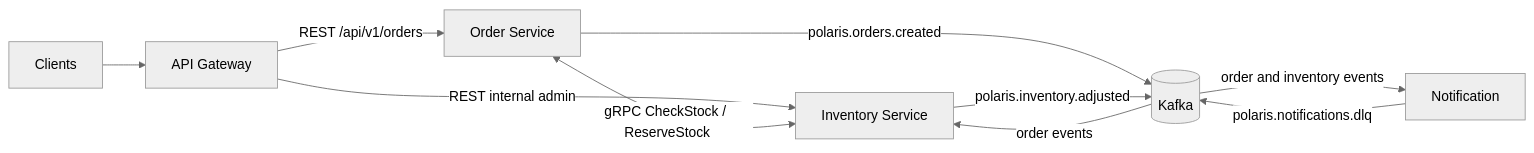
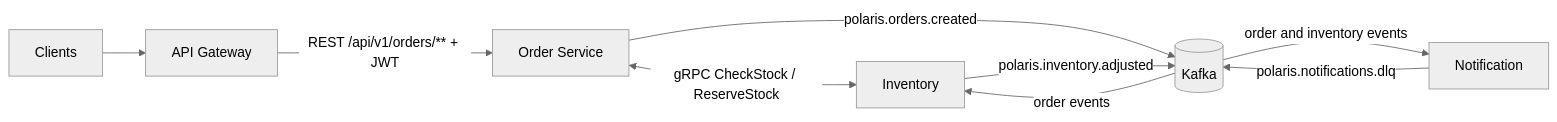
One commit to abdullahsayed30/Polaris changed the diagram in README.md. Above: the diagram before and after it, drawn with Mermaid (neutral theme). The commit also changed other lines of this file and 25 other files, not shown here.

Commit message:
docs: expand architecture and ADR documentation

````diff
--- a/README.md
+++ b/README.md
@@ -12,16 +12,15 @@
 ```mermaid
 flowchart LR
     Client[Clients] --> Gateway[API Gateway]
 
-    Gateway -->|REST /api/v1/orders| Order[Order Service]
-    Gateway -->|REST internal admin| Inventory[Inventory Service]
+    Gateway -->|REST /api/v1/orders/** + JWT| Order[Order Service]
 
     Order <-->|gRPC CheckStock / ReserveStock| Inventory
 
     Order -->|polaris.orders.created| Kafka[(Kafka)]
     Inventory -->|polaris.inventory.adjusted| Kafka
     Notification -->|polaris.notifications.dlq| Kafka
 
     Kafka -->|order events| Inventory
     Kafka -->|order and inventory events| Notification
 ```
````
